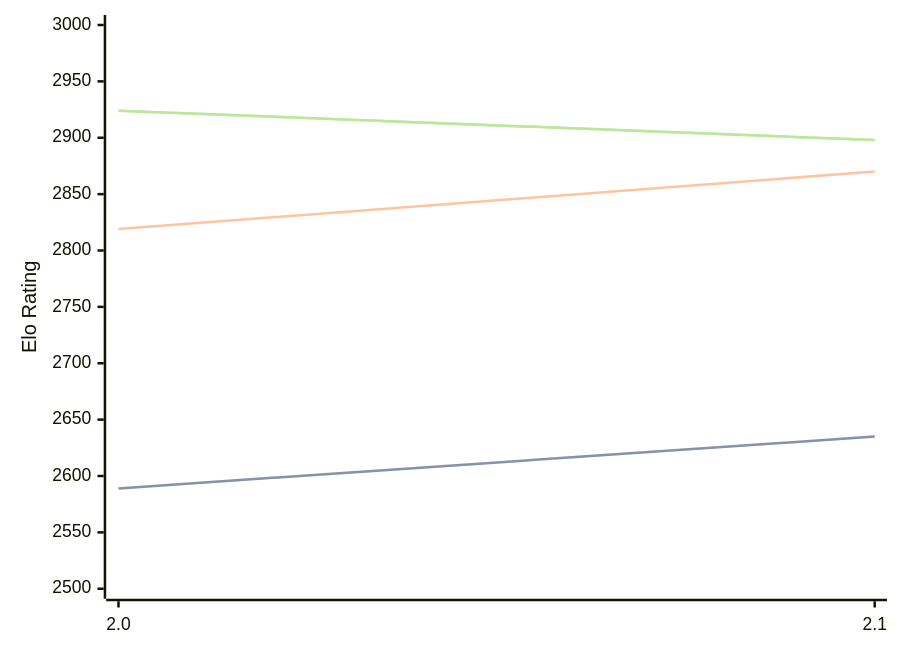
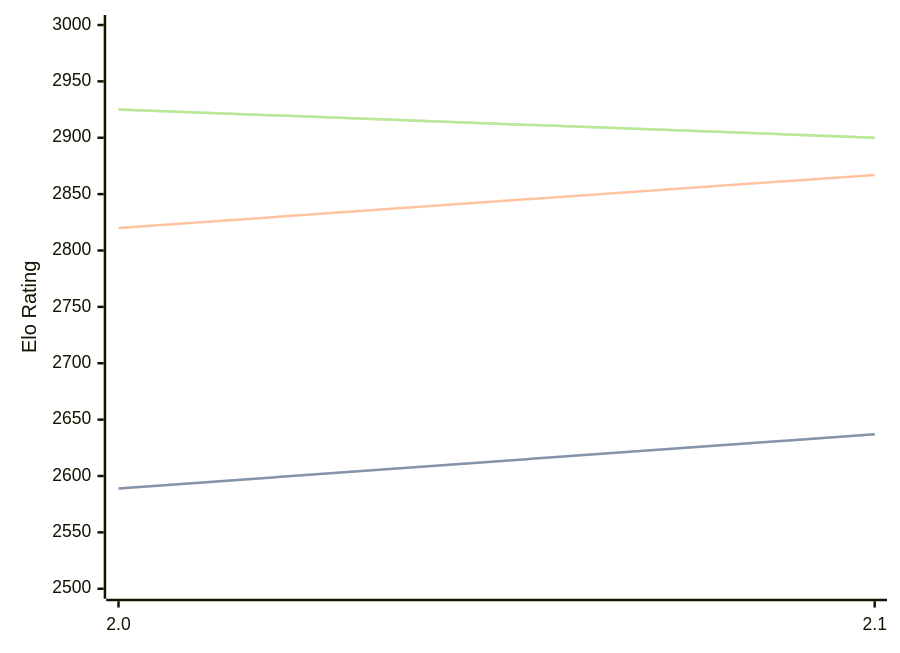
Before and after one commit to computer-chess-index/cci: the diagram in engines/Noggin.md, drawn with Mermaid. The commit also changed other lines of this file, not shown here.

Commit message:
Update CCI Ratings (ELO VLTC) - 2026-07-24

````diff
--- a/engines/Noggin.md
+++ b/engines/Noggin.md
@@ -33,11 +33,11 @@
 ```mermaid
 %%{init: {"theme":"base","themeVariables":{"seriesColors:['#a3a3a3','#222221','#faa371']}}}%%
 xychart-beta
   x-axis ["2.0", "2.1"]
   y-axis "Elo Rating" 2500 --> 3000
-  line "STC (8.0+0.08s)" [2589, 2635]
-  line "STC (8.0+0.08s)" [2589, 2635]
-  line "LTC (60.0+0.60s)" [2819, 2870]
-  line "VLTC (2m24s+1.12s)" [2924, 2898]
-  line "VLTC (2m24s+1.12s)" [2924, 2898]
+  line "STC (8.0+0.08s)" [2589, 2637]
+  line "STC (8.0+0.08s)" [2589, 2637]
+  line "LTC (60.0+0.60s)" [2820, 2867]
+  line "VLTC (2m24s+1.12s)" [2925, 2900]
+  line "VLTC (2m24s+1.12s)" [2925, 2900]
 ```
````
